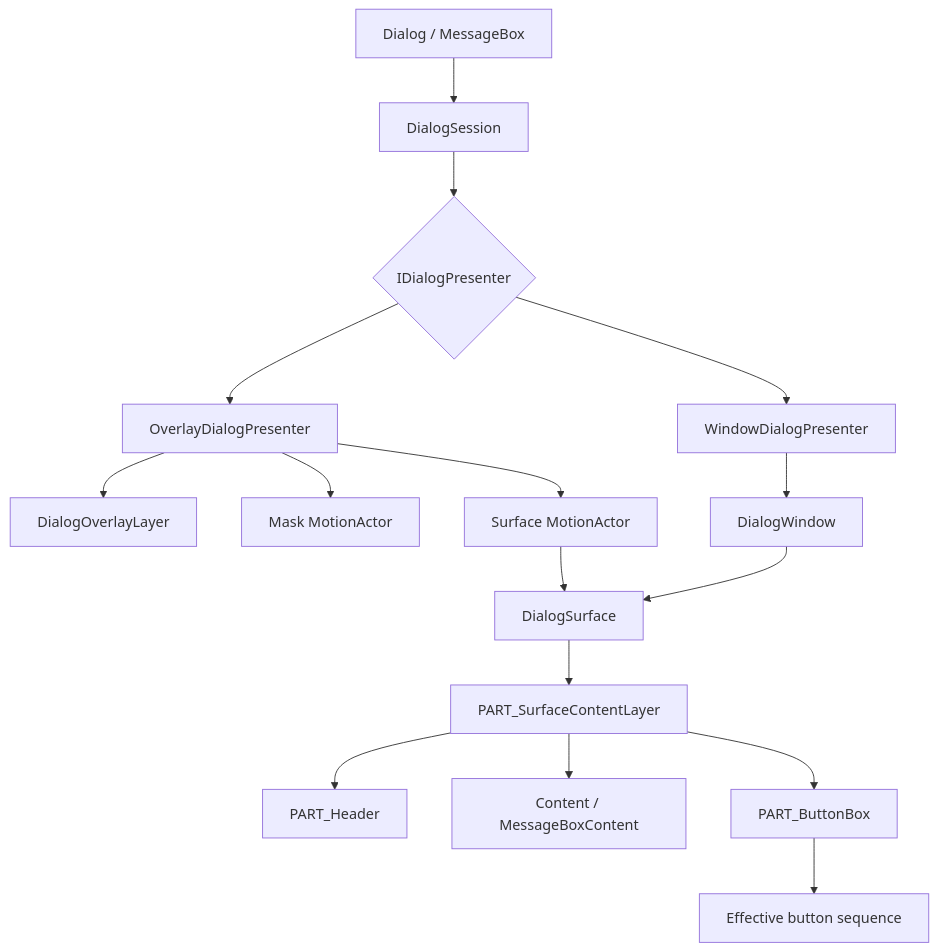
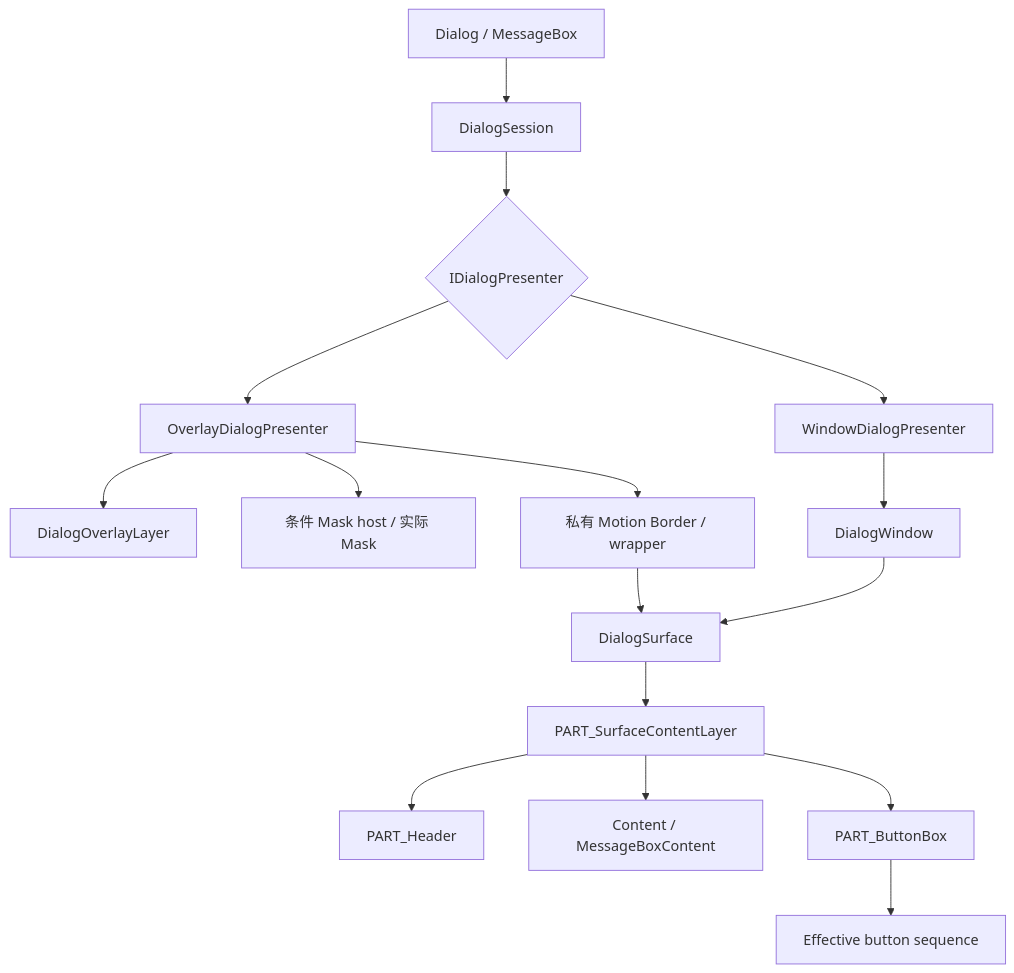
One commit to AtomUI/AtomUI changed the diagram in docs/controls/desktop/feedback/modal/implementation.md. Above: the diagram before and after it, drawn with Mermaid. The commit also changed other lines of this file and 281 other files, not shown here.

````diff
--- a/docs/controls/desktop/feedback/modal/implementation.md
+++ b/docs/controls/desktop/feedback/modal/implementation.md
@@ -79,18 +79,18 @@
 ```mermaid
 flowchart TD
     D["Dialog / MessageBox"] --> S["DialogSession"]
     S --> P{"IDialogPresenter"}
     P --> OP["OverlayDialogPresenter"]
     P --> WP["WindowDialogPresenter"]
     OP --> DL["DialogOverlayLayer"]
-    OP --> MA["Mask MotionActor"]
-    OP --> SA["Surface MotionActor"]
+    OP --> MA["条件 Mask host / 实际 Mask"]
+    OP --> SA["私有 Motion Border / wrapper"]
     WP --> W["DialogWindow"]
     SA --> DS["DialogSurface"]
     W --> DS
     DS --> DSCL["PART_SurfaceContentLayer"]
     DSCL --> H["PART_Header"]
     DSCL --> C["Content / MessageBoxContent"]
     DSCL --> B["PART_ButtonBox"]
     B --> EB["Effective button sequence"]
 ```
````
